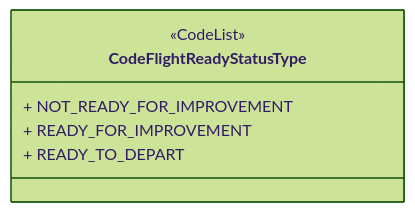
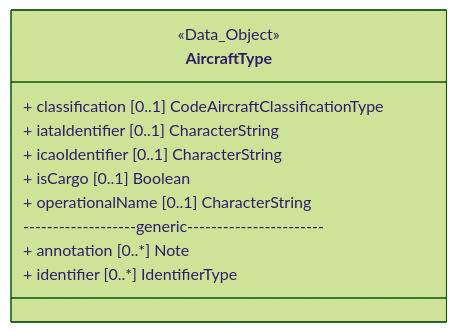
Before and after one commit to hlepori/testAIRM: diagram 12 of 46 in README.md, drawn with Mermaid (forest theme). The commit also changed other lines of this file, not shown here.

````diff
--- a/README.md
+++ b/README.md
@@ -411,9 +355,14 @@
 ```mermaid	
 classDiagram	
-class CodeFlightReadyStatusType	
-<<CodeList>> CodeFlightReadyStatusType	
-link CodeFlightReadyStatusType "https://airm.aero/developers/advanced-search/1.0.0/CodeFlightReadyStatusType?model=LogicalModel" "Go to definition"	
-CodeFlightReadyStatusType : + NOT_READY_FOR_IMPROVEMENT	
-CodeFlightReadyStatusType : + READY_FOR_IMPROVEMENT	
-CodeFlightReadyStatusType : + READY_TO_DEPART	
+class AircraftType	
+<<Data_Object>> AircraftType	
+link AircraftType "https://airm.aero/developers/advanced-search/1.0.0/AircraftType?model=LogicalModel" "Go to definition"	
+AircraftType : + classification [0..1] CodeAircraftClassificationType	
+AircraftType : + iataIdentifier [0..1] CharacterString	
+AircraftType : + icaoIdentifier [0..1] CharacterString	
+AircraftType : + isCargo [0..1] Boolean	
+AircraftType : + operationalName [0..1] CharacterString	
+AircraftType: -------------------generic-----------------------	
+AircraftType : + annotation [0..*] Note	
+AircraftType : + identifier [0..*] IdentifierType	
 ```	
````
